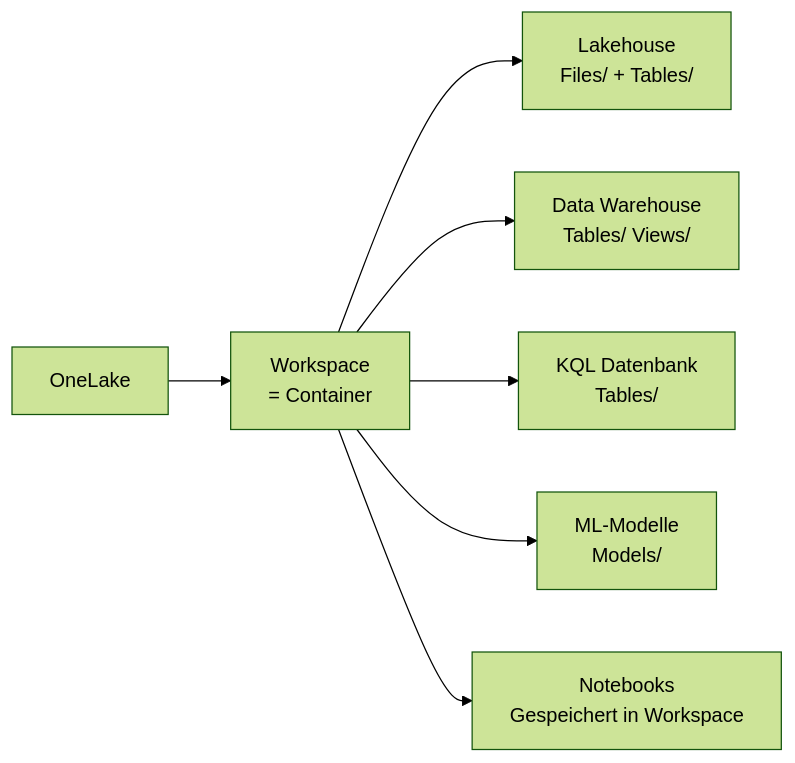
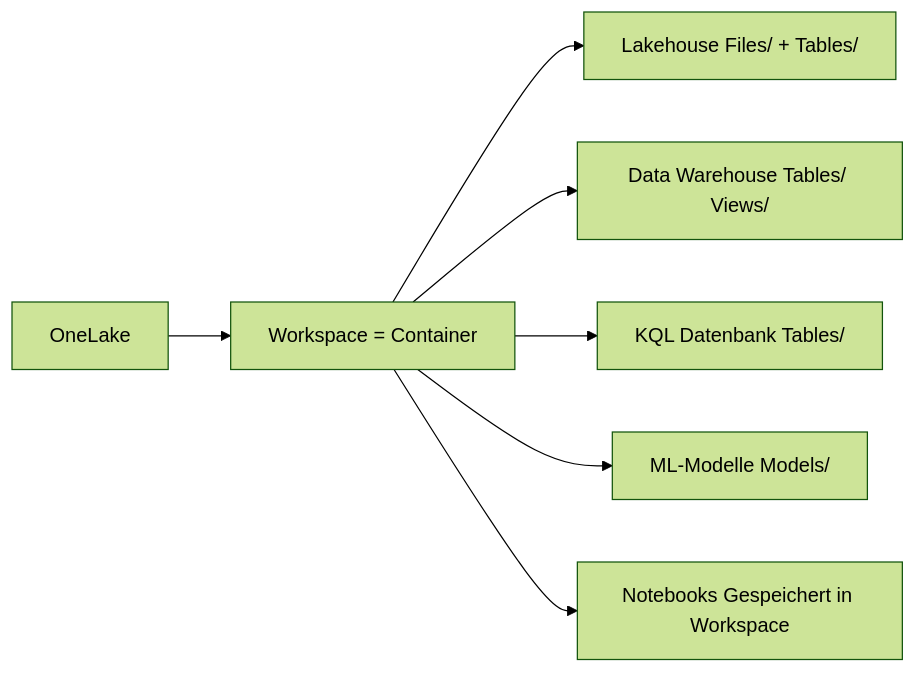
The second of 5 diagrams in Microsoft 365/Azure/Fabric/OneLake.md (SoniiiT/notes-n-docs), drawn with Mermaid (forest theme) before and after one commit. The commit also changed other lines of this file and 124 other files, not shown here.

First line of the commit message:
fix: Entferne \n aus allen Mermaid-Diagrammen (125 Dateien)

````diff
--- a/Microsoft 365/Azure/Fabric/OneLake.md
+++ b/Microsoft 365/Azure/Fabric/OneLake.md
@@ -117,12 +117,12 @@
 ```mermaid
 graph LR
     OL[OneLake]
-    WS[Workspace\n= Container]
+    WS[Workspace = Container]
     OL --> WS
     
-    WS --> LH_F[Lakehouse\nFiles/ + Tables/]
-    WS --> WH_F[Data Warehouse\nTables/ Views/]
-    WS --> KQL_F[KQL Datenbank\nTables/]
-    WS --> ML_F[ML-Modelle\nModels/]
-    WS --> NB_F[Notebooks\nGespeichert in Workspace]
+    WS --> LH_F[Lakehouse Files/ + Tables/]
+    WS --> WH_F[Data Warehouse Tables/ Views/]
+    WS --> KQL_F[KQL Datenbank Tables/]
+    WS --> ML_F[ML-Modelle Models/]
+    WS --> NB_F[Notebooks Gespeichert in Workspace]
 ```
````
